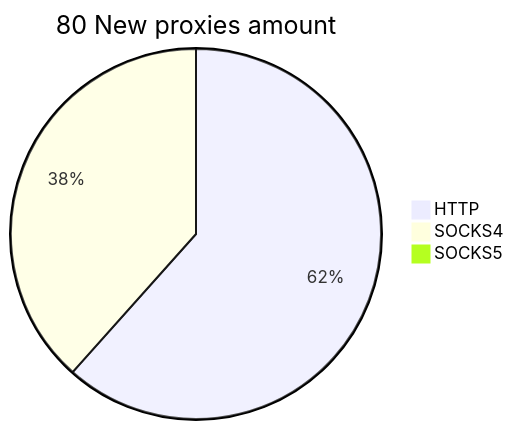
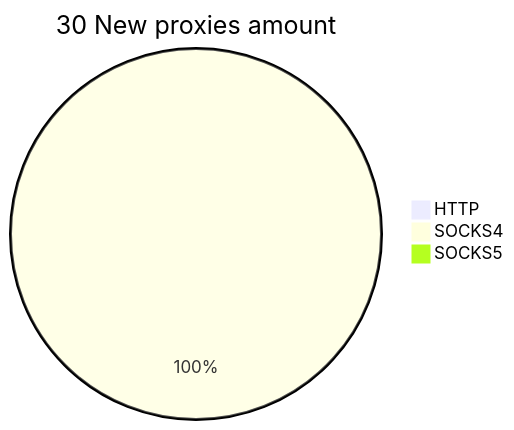
Before and after one commit to cutipu/proxylist: the second of 2 diagrams in README.md, drawn with Mermaid. The commit also changed other lines of this file, not shown here.

````diff
--- a/README.md
+++ b/README.md
@@ -10,6 +10,6 @@
 ```mermaid
-pie title 80 New proxies amount
-    "HTTP" : 77
+pie title 30 New proxies amount
+    "HTTP" : 0
     "SOCKS4" : 48
     "SOCKS5" : 0
 ```
````
